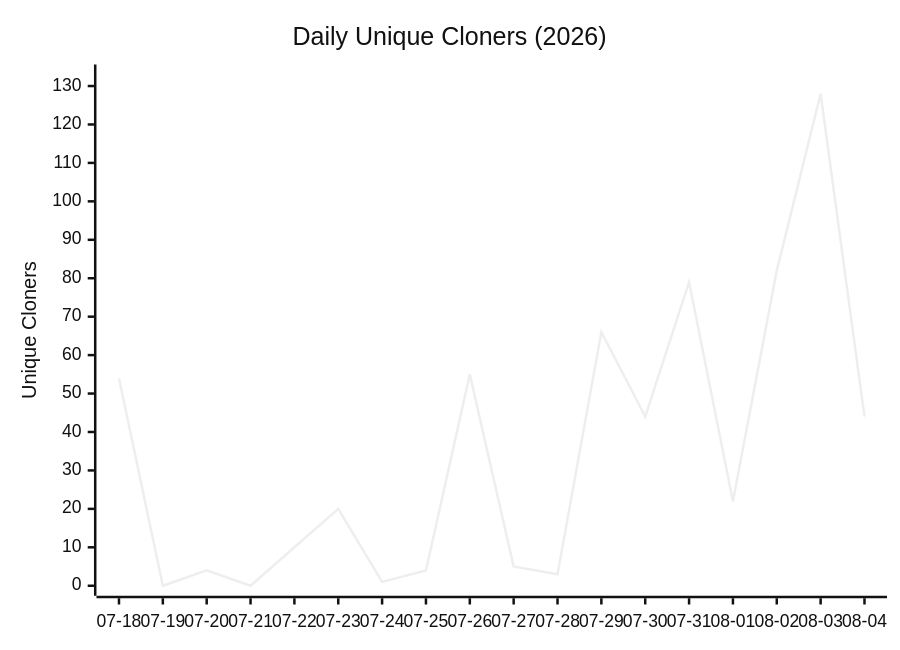
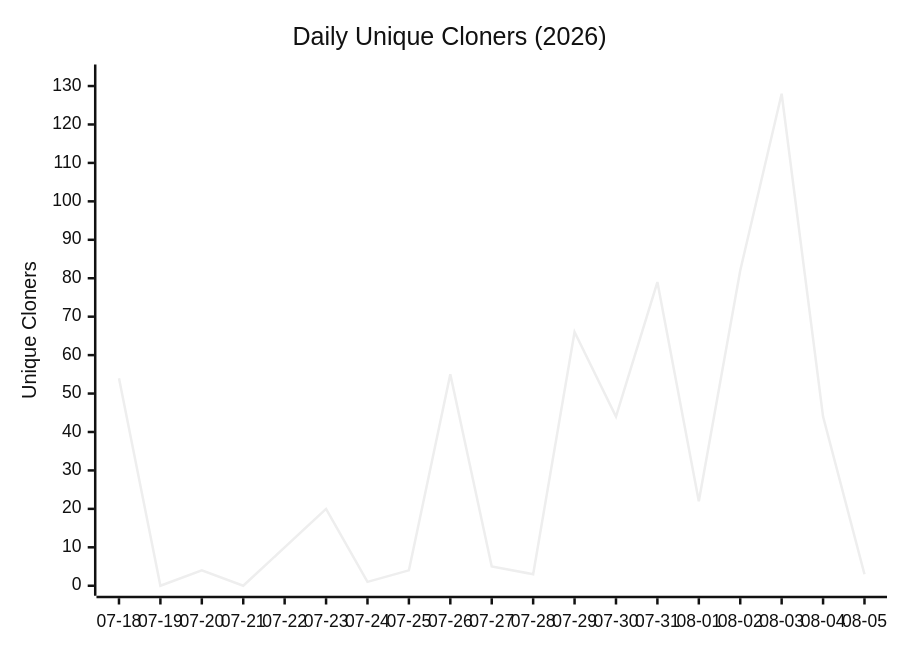
The second of 4 diagrams in data/TRAFFIC_REPORT.md (Architect-HA/Humai-Accord), drawn with Mermaid (neutral theme) before and after one commit. The commit also changed other lines of this file and 1 other file, not shown here.

````diff
--- a/data/TRAFFIC_REPORT.md
+++ b/data/TRAFFIC_REPORT.md
@@ -22,7 +22,7 @@
 ```mermaid
 xychart-beta
     title "Daily Unique Cloners (2026)"
-    x-axis ["07-18", "07-19", "07-20", "07-21", "07-22", "07-23", "07-24", "07-25", "07-26", "07-27", "07-28", "07-29", "07-30", "07-31", "08-01", "08-02", "08-03", "08-04"]
+    x-axis ["07-18", "07-19", "07-20", "07-21", "07-22", "07-23", "07-24", "07-25", "07-26", "07-27", "07-28", "07-29", "07-30", "07-31", "08-01", "08-02", "08-03", "08-04", "08-05"]
     y-axis "Unique Cloners" 0 --> 133
-    line [54, 0, 4, 0, 10, 20, 1, 4, 55, 5, 3, 66, 44, 79, 22, 82, 128, 44]
+    line [54, 0, 4, 0, 10, 20, 1, 4, 55, 5, 3, 66, 44, 79, 22, 82, 128, 44, 3]
 ```
````
